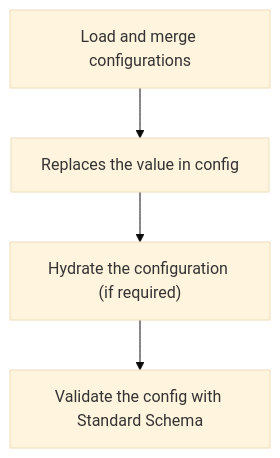
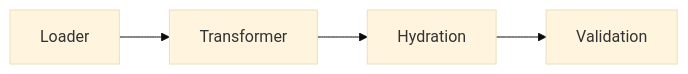
Before and after one commit to Prasanna-ramesh/thiran: the diagram in docs/OVERVIEW.md, drawn with Mermaid (base theme). The commit also changed other lines of this file and 1 other file, not shown here.

````diff
--- a/docs/OVERVIEW.md
+++ b/docs/OVERVIEW.md
@@ -5,6 +14,6 @@
 ```mermaid
-flowchart TB
+flowchart LR
 
-    Loader["Load and merge configurations"] --> Transformer["Replaces the value in config"] --> Hydration["Hydrate the configuration (if required)"] --> Validation["Validate the config with Standard Schema"]
+    Loader --> Transformer --> Hydration --> Validation
 
 ```
````
